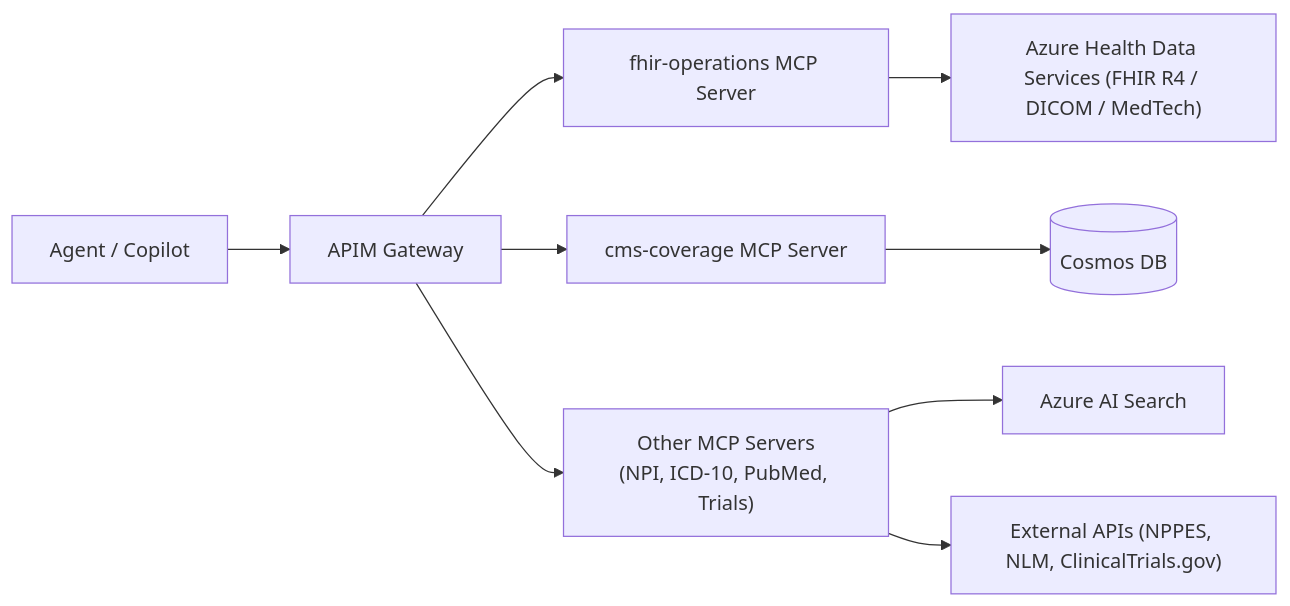
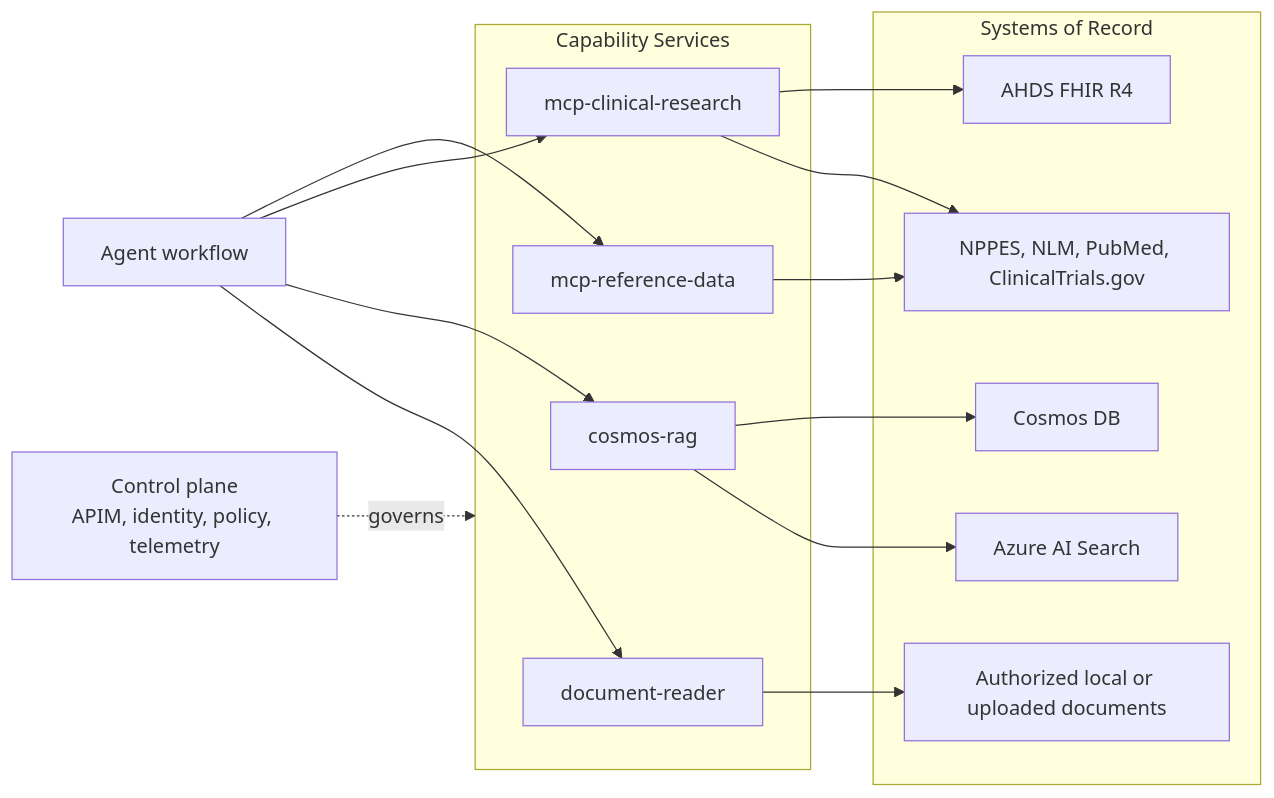
Before and after one commit to jkarasha/Azure-Healthcare-Marketplace-Demo: the first of 2 diagrams in docs/architecture/RETRIEVAL-ARCHITECTURE.md, drawn with Mermaid. The commit also changed other lines of this file, not shown here.

First line of the commit message:
docs: separate capabilities from systems of record

````diff
--- a/docs/architecture/RETRIEVAL-ARCHITECTURE.md
+++ b/docs/architecture/RETRIEVAL-ARCHITECTURE.md
@@ -22,13 +43,32 @@
 ```mermaid
 flowchart LR
-    AGENT["Agent / Copilot"] --> APIM["APIM Gateway"]
+    AGENT["Agent workflow"]
+    CONTROL["Control plane<br/>APIM, identity, policy, telemetry"]
 
-    APIM --> FHIR_MCP["fhir-operations MCP Server"]
-    APIM --> CMS_MCP["cms-coverage MCP Server"]
-    APIM --> OTHER_MCP["Other MCP Servers\n(NPI, ICD-10, PubMed, Trials)"]
+    subgraph CAP["Capability Services"]
+        REF["mcp-reference-data"]
+        CLIN["mcp-clinical-research"]
+        RAG["cosmos-rag"]
+        DOC["document-reader"]
+    end
 
-    FHIR_MCP --> AHDS["Azure Health Data Services (FHIR R4 / DICOM / MedTech)"]
-    CMS_MCP --> COSMOS[("Cosmos DB")]
-    OTHER_MCP --> SEARCH["Azure AI Search"]
-    OTHER_MCP --> EXT["External APIs (NPPES, NLM, ClinicalTrials.gov)"]
+    subgraph RECORDS["Systems of Record"]
+        AHDS["AHDS FHIR R4"]
+        COSMOS["Cosmos DB"]
+        SEARCH["Azure AI Search"]
+        EXTERNAL["NPPES, NLM, PubMed, ClinicalTrials.gov"]
+        FILES["Authorized local or uploaded documents"]
+    end
+
+    AGENT --> REF
+    AGENT --> CLIN
+    AGENT --> RAG
+    AGENT --> DOC
+    CONTROL -. governs .-> CAP
+    REF --> EXTERNAL
+    CLIN --> AHDS
+    CLIN --> EXTERNAL
+    RAG --> COSMOS
+    RAG --> SEARCH
+    DOC --> FILES
 ```
````
